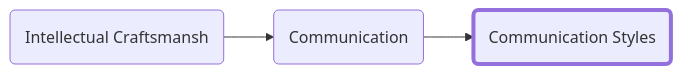
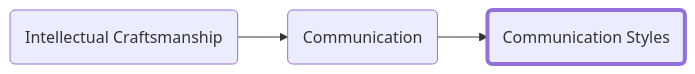
One commit to forrestpitz/forrestpitz.github.io changed the diagram in _posts/2023-01-05-communicationstyles.md. Above: the diagram before and after it, drawn with Mermaid. The commit also changed other lines of this file and 21 other files, not shown here.

````diff
--- a/_posts/2023-01-05-communicationstyles.md
+++ b/_posts/2023-01-05-communicationstyles.md
@@ -12,9 +11,9 @@
 ```mermaid
 graph LR;
-  A(Intellectual Craftsmansh)-->B(Communication)-->C(Communication Styles)
+  A(Intellectual Craftsmanship)-->B(Communication)-->C(Communication Styles)
 
   style C stroke-width:4px
 
   click A "{% post_url 2023-01-05-intro %}"
   click B "{% post_url 2023-01-05-communication %}"
 ```
````
